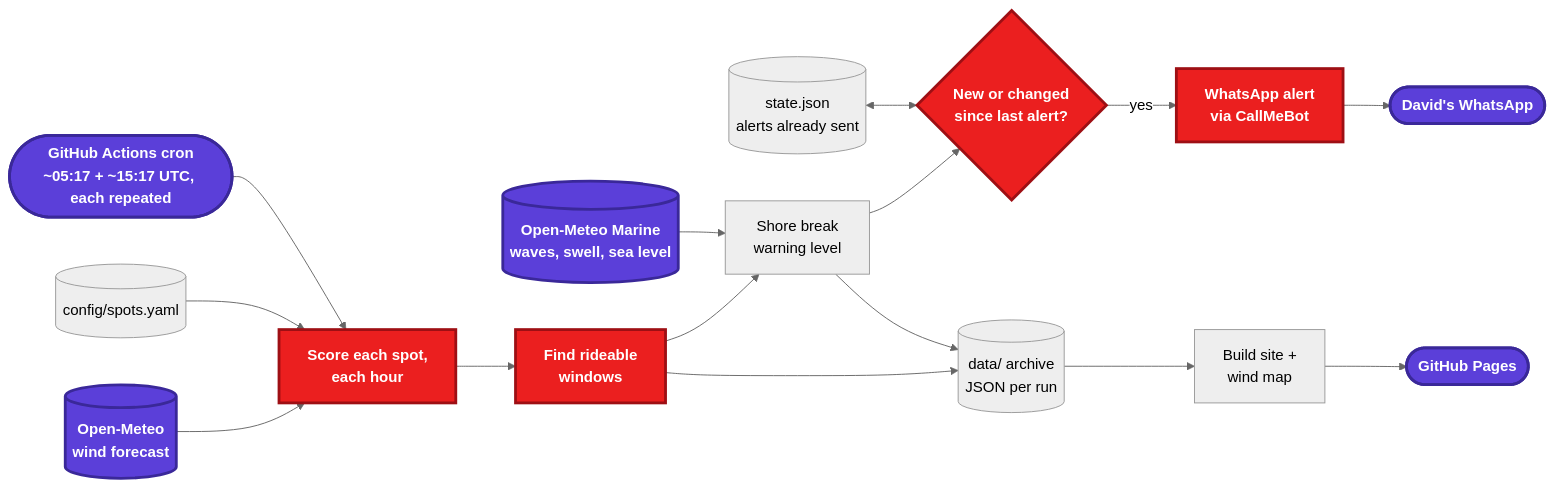
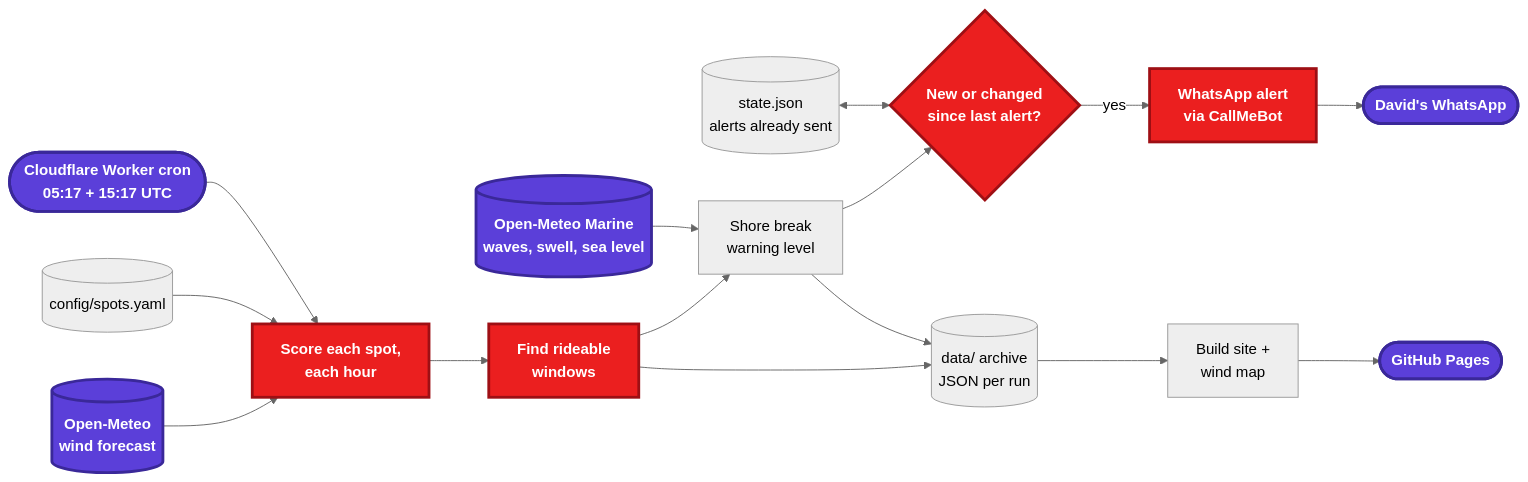
Before and after one commit to daplein/wing-alert: the first of 3 diagrams in docs/specs/wing-alert.md, drawn with Mermaid (neutral theme). The commit also changed other lines of this file and 8 other files, not shown here.

First line of the commit message:
Start the jobs on time from a Cloudflare Worker

````diff
--- a/docs/specs/wing-alert.md
+++ b/docs/specs/wing-alert.md
@@ -29,34 +29,34 @@
 ```mermaid
 flowchart LR
-    cron([GitHub Actions cron<br/>~05:17 + ~15:17 UTC, each repeated]):::ext
+    cron([Cloudflare Worker cron<br/>05:17 + 15:17 UTC]):::ext
     spots[(config/spots.yaml)]
     wind[(Open-Meteo<br/>wind forecast)]:::ext
     sea[(Open-Meteo Marine<br/>waves, swell, sea level)]:::ext
     state[(state.json<br/>alerts already sent)]
     archive[(data/ archive<br/>JSON per run)]
 
     score[Score each spot,<br/>each hour]:::hot
     windows[Find rideable<br/>windows]:::hot
     risk[Shore break<br/>warning level]
     new{New or changed<br/>since last alert?}:::hot
     send[WhatsApp alert<br/>via CallMeBot]:::hot
     site[Build site +<br/>wind map]
     me([David's WhatsApp]):::ext
     pages([GitHub Pages]):::ext
 
     cron --> score
     spots --> score
     wind --> score
     score --> windows
     sea --> risk
     windows --> risk
     risk --> new
     state <--> new
     new -- yes --> send --> me
     windows --> archive
     risk --> archive
     archive --> site --> pages
 
     classDef hot fill:#EB1F1F,stroke:#9E0F14,stroke-width:3px,color:#fff,font-weight:bold
     classDef ext fill:#5B3FD9,stroke:#3A2899,stroke-width:3px,color:#fff,font-weight:bold
 ```
````
